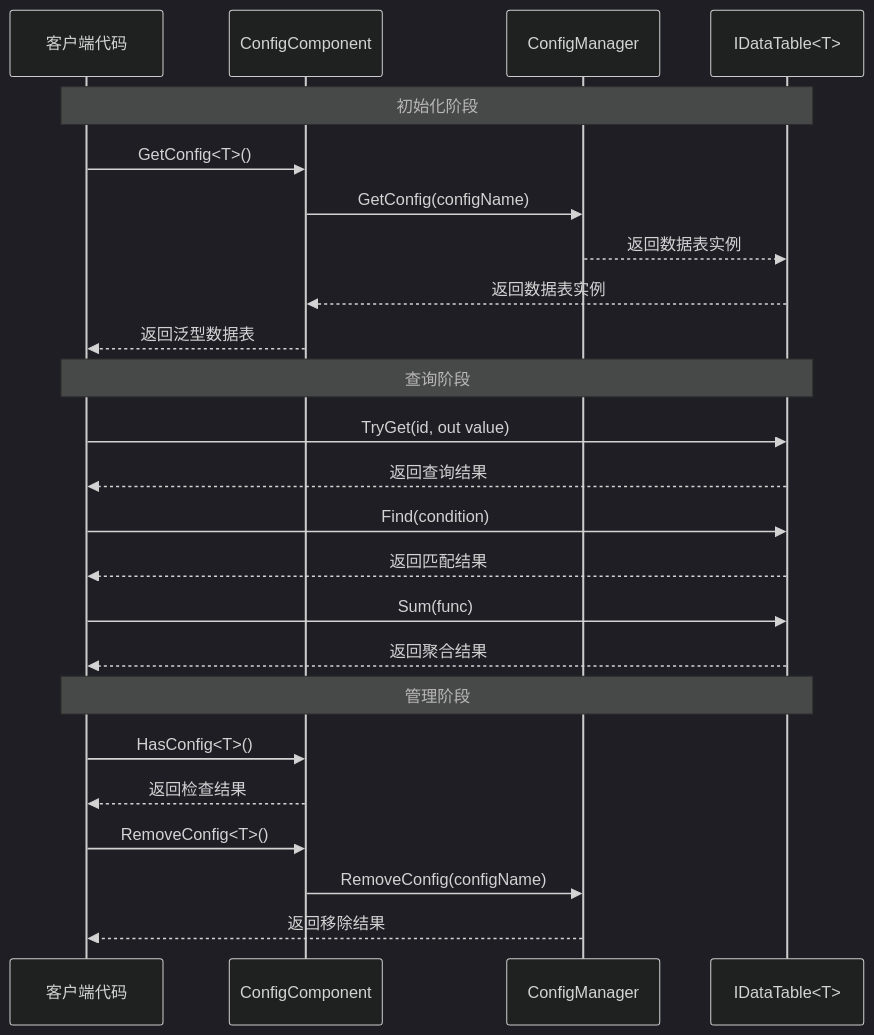
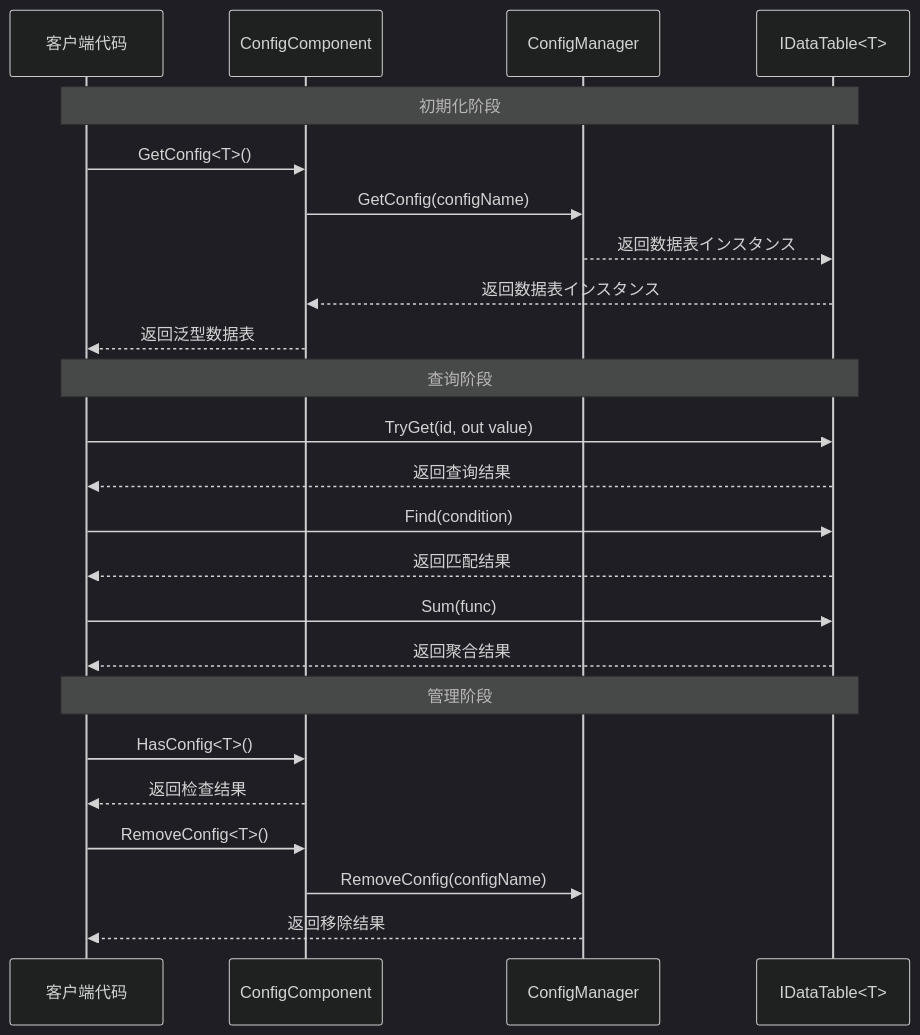
The second of 2 diagrams in docs/ja/client/unity/component/config/06.interfaces.md (AlianBlank/GameFrameX.Docs), drawn with Mermaid (dark theme) before and after one commit. The commit also changed other lines of this file and 603 other files, not shown here.

````diff
--- a/docs/ja/client/unity/component/config/06.interfaces.md
+++ b/docs/ja/client/unity/component/config/06.interfaces.md
@@ -412,32 +412,32 @@
 ```mermaid
 sequenceDiagram
     participant Client as 客户端代码
     participant ConfigComp as ConfigComponent
     participant ConfigMgr as ConfigManager
     participant DataTable as IDataTable<T>
 
-    Note over Client,DataTable: 初始化阶段
+    Note over Client,DataTable: 初期化阶段
     Client->>ConfigComp: GetConfig<T>()
     ConfigComp->>ConfigMgr: GetConfig(configName)
-    ConfigMgr-->>DataTable: 返回数据表实例
-    DataTable-->>ConfigComp: 返回数据表实例
+    ConfigMgr-->>DataTable: 返回数据表インスタンス
+    DataTable-->>ConfigComp: 返回数据表インスタンス
     ConfigComp-->>Client: 返回泛型数据表
 
     Note over Client,DataTable: 查询阶段
     Client->>DataTable: TryGet(id, out value)
     DataTable-->>Client: 返回查询结果
     
     Client->>DataTable: Find(condition)
     DataTable-->>Client: 返回匹配结果
     
     Client->>DataTable: Sum(func)
     DataTable-->>Client: 返回聚合结果
 
     Note over Client,DataTable: 管理阶段
     Client->>ConfigComp: HasConfig<T>()
     ConfigComp-->>Client: 返回检查结果
     
     Client->>ConfigComp: RemoveConfig<T>()
     ConfigComp->>ConfigMgr: RemoveConfig(configName)
     ConfigMgr-->>Client: 返回移除结果
 ```
````
